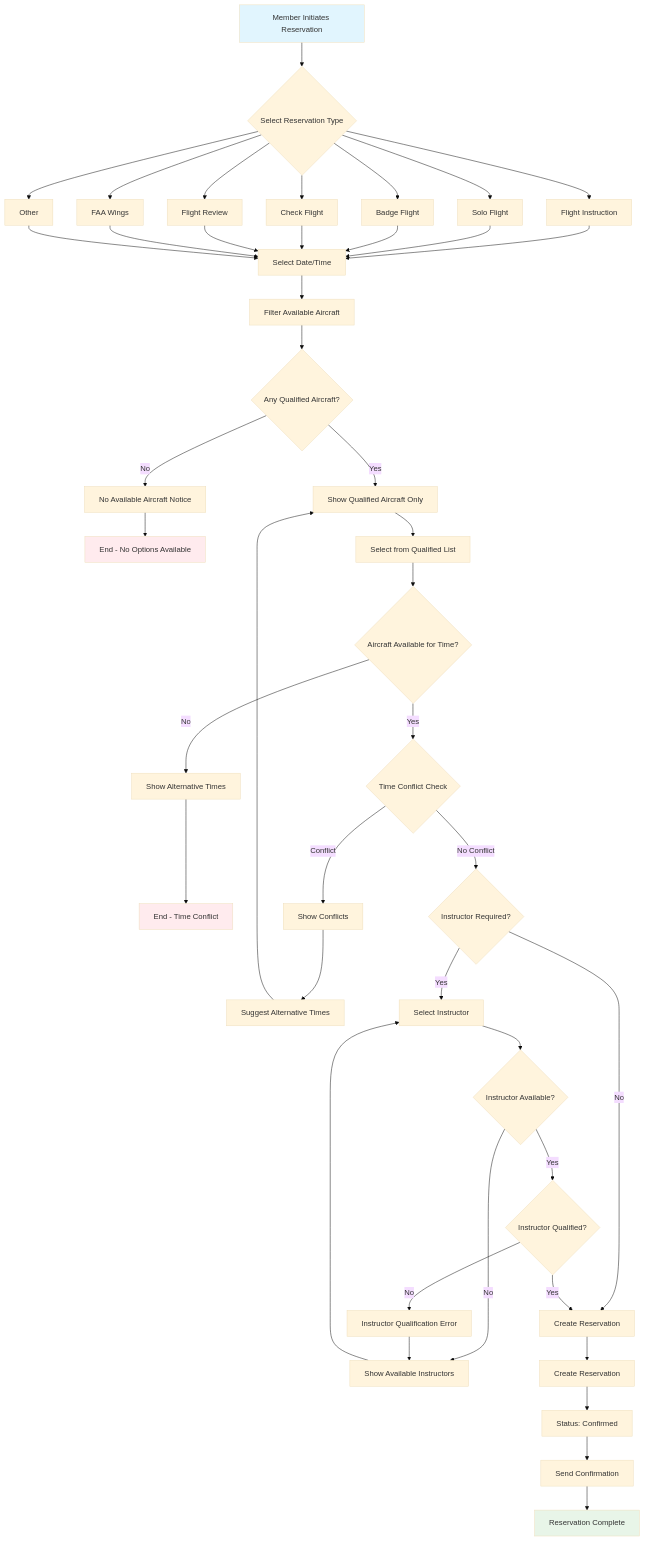
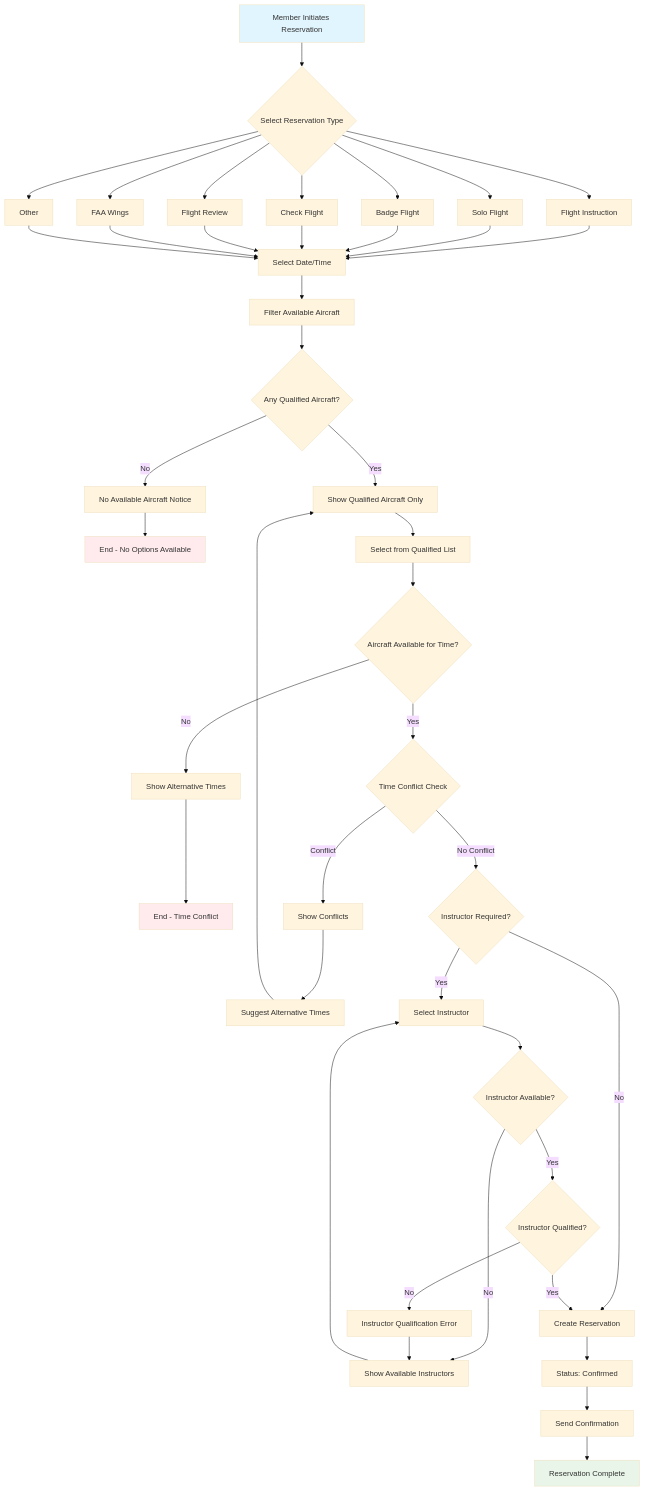
The first of 6 diagrams in docs/workflows/issue-190-glider-reservation-design.md (pietbarber/Manage2Soar), drawn with Mermaid (base theme) before and after one commit.

Commit message:
Refactor reservation confirmation workflow to streamline status updates. Remove redundant steps for improved clarity and efficiency in the reservation process.

````diff
--- a/docs/workflows/issue-190-glider-reservation-design.md
+++ b/docs/workflows/issue-190-glider-reservation-design.md
@@ -10,60 +10,59 @@
 ```mermaid
 flowchart TD
     A[Member Initiates Reservation] --> B{Select Reservation Type}
     
     B --> C[Flight Instruction]
     B --> D[Solo Flight]
     B --> E[Badge Flight]
     B --> F[Check Flight]
     B --> G[Flight Review]
     B --> H[FAA Wings]
     B --> I[Other]
     
     C --> J[Select Date/Time]
     D --> J
     E --> J
     F --> J
     G --> J
     H --> J
     I --> J
     
     J --> K[Filter Available Aircraft]
     K --> L{Any Qualified Aircraft?}
     
     L -->|No| M[No Available Aircraft Notice]
     M --> N[End - No Options Available]
     
     L -->|Yes| O[Show Qualified Aircraft Only]
     O --> P[Select from Qualified List]
     P --> Q{Aircraft Available for Time?}
     
     Q -->|No| R[Show Alternative Times]
     R --> S[End - Time Conflict]
     
     Q -->|Yes| T{Time Conflict Check}
     T -->|Conflict| U[Show Conflicts]
     U --> V[Suggest Alternative Times]
     V --> O
     
     T -->|No Conflict| W{Instructor Required?}
     W -->|Yes| X[Select Instructor]
     W -->|No| Y[Create Reservation]
     
     X --> Z{Instructor Available?}
     Z -->|No| AA[Show Available Instructors]
     AA --> X
     Z -->|Yes| BB{Instructor Qualified?}
     BB -->|No| CC[Instructor Qualification Error]
     CC --> AA
     BB -->|Yes| Y
     
-    Y --> DD[Create Reservation]
-    DD --> EE[Status: Confirmed]
-    EE --> FF[Send Confirmation]
-    FF --> GG[Reservation Complete]
+    Y --> DD[Status: Confirmed]
+    DD --> EE[Send Confirmation]
+    EE --> FF[Reservation Complete]
     
     style A fill:#e1f5fe
-    style GG fill:#e8f5e8
+    style FF fill:#e8f5e8
     style N fill:#ffebee
     style S fill:#ffebee
 ```
````
